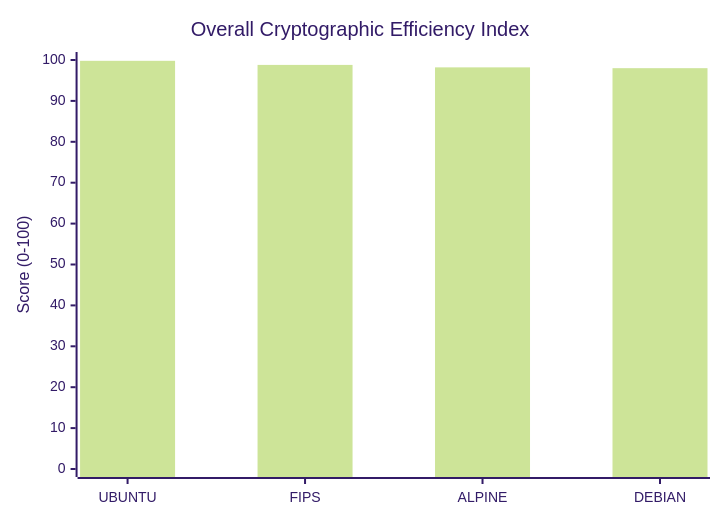
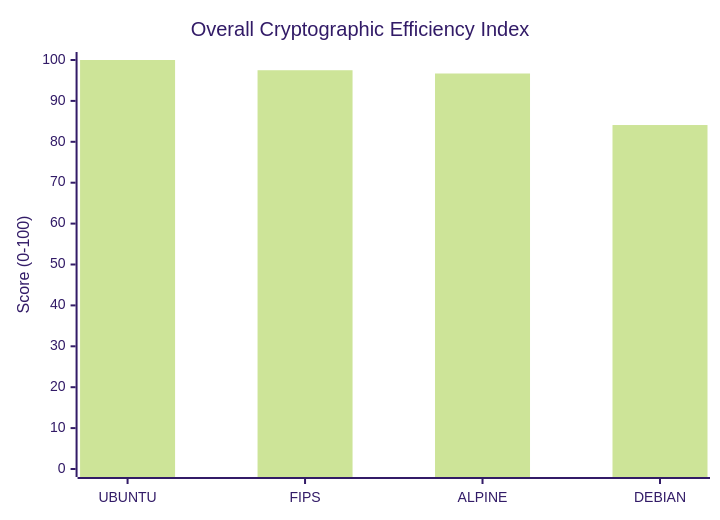
Before and after one commit to taha2samy/openssl_fips: the ninth of 9 diagrams in docs/Comparison_Report.md, drawn with Mermaid (forest theme). The commit also changed other lines of this file and 2 other files, not shown here.

````diff
--- a/docs/Comparison_Report.md
+++ b/docs/Comparison_Report.md
@@ -182,7 +182,7 @@
 ```mermaid
 xychart-beta
     title "Overall Cryptographic Efficiency Index"
     x-axis [UBUNTU, FIPS, ALPINE, DEBIAN]
     y-axis "Score (0-100)" 0 --> 100
-    bar [99.8, 98.8, 98.2, 98.0]
+    bar [100.0, 97.5, 96.7, 84.1]
 ```
````
